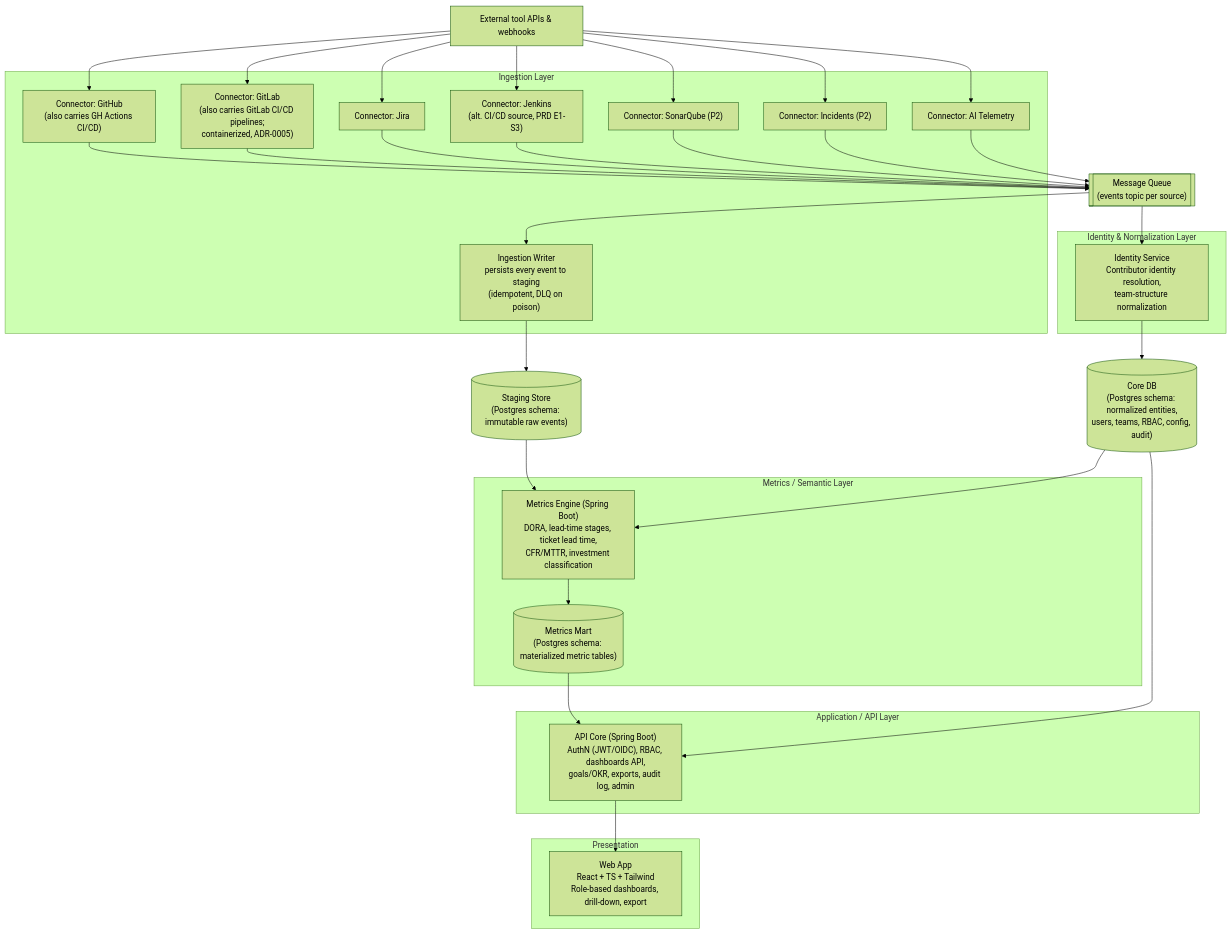
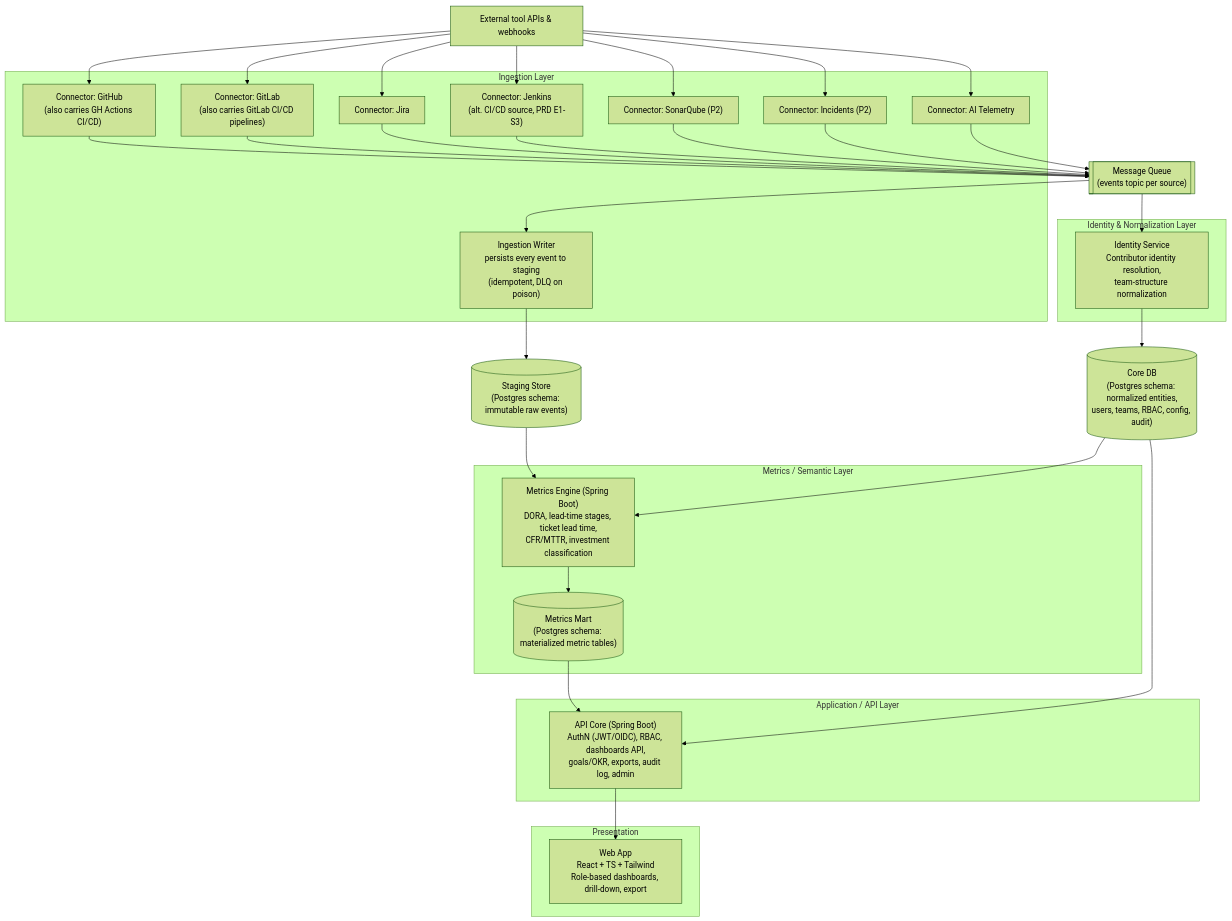
One commit to 0pain01/AI_impact_analytical_program changed the second of 2 diagrams in docs/03-architecture/system-architecture.md. Above: the diagram before and after it, drawn with Mermaid (forest theme). The commit also changed other lines of this file and 12 other files, not shown here.

````diff
--- a/docs/03-architecture/system-architecture.md
+++ b/docs/03-architecture/system-architecture.md
@@ -59,47 +59,47 @@
 ```mermaid
 flowchart TB
   subgraph Presentation
     FE["Web App<br/>React + TS + Tailwind<br/>Role-based dashboards, drill-down, export"]
   end
 
   subgraph Application_API["Application / API Layer"]
     API["API Core (Spring Boot)<br/>AuthN (JWT/OIDC), RBAC, dashboards API,<br/>goals/OKR, exports, audit log, admin"]
   end
 
   subgraph Semantic["Metrics / Semantic Layer"]
     ME["Metrics Engine (Spring Boot)<br/>DORA, lead-time stages, ticket lead time,<br/>CFR/MTTR, investment classification"]
     MART[("Metrics Mart<br/>(Postgres schema: materialized metric tables)")]
   end
 
   subgraph Normalization["Identity & Normalization Layer"]
     IDN["Identity Service<br/>Contributor identity resolution,<br/>team-structure normalization"]
   end
 
   subgraph Ingestion["Ingestion Layer"]
     CGH["Connector: GitHub<br/>(also carries GH Actions CI/CD)"]
-    CGL["Connector: GitLab<br/>(also carries GitLab CI/CD pipelines;<br/>containerized, ADR-0005)"]
+    CGL["Connector: GitLab<br/>(also carries GitLab CI/CD pipelines)"]
     CJR["Connector: Jira"]
     CJK["Connector: Jenkins<br/>(alt. CI/CD source, PRD E1-S3)"]
     CSQ["Connector: SonarQube (P2)"]
     CIN["Connector: Incidents (P2)"]
     CAI["Connector: AI Telemetry"]
     IW["Ingestion Writer<br/>persists every event to staging<br/>(idempotent, DLQ on poison)"]
   end
 
   MQ[["Message Queue<br/>(events topic per source)"]]
   STG[("Staging Store<br/>(Postgres schema: immutable raw events)")]
   CORE[("Core DB<br/>(Postgres schema: normalized entities,<br/>users, teams, RBAC, config, audit)")]
 
   SRC["External tool APIs & webhooks"] --> CGH & CGL & CJR & CJK & CSQ & CIN & CAI
   CGH & CGL & CJR & CJK & CSQ & CIN & CAI --> MQ
   MQ --> IW
   IW --> STG
   MQ --> IDN
   IDN --> CORE
   STG --> ME
   CORE --> ME
   ME --> MART
   MART --> API
   CORE --> API
   API --> FE
 ```
````
